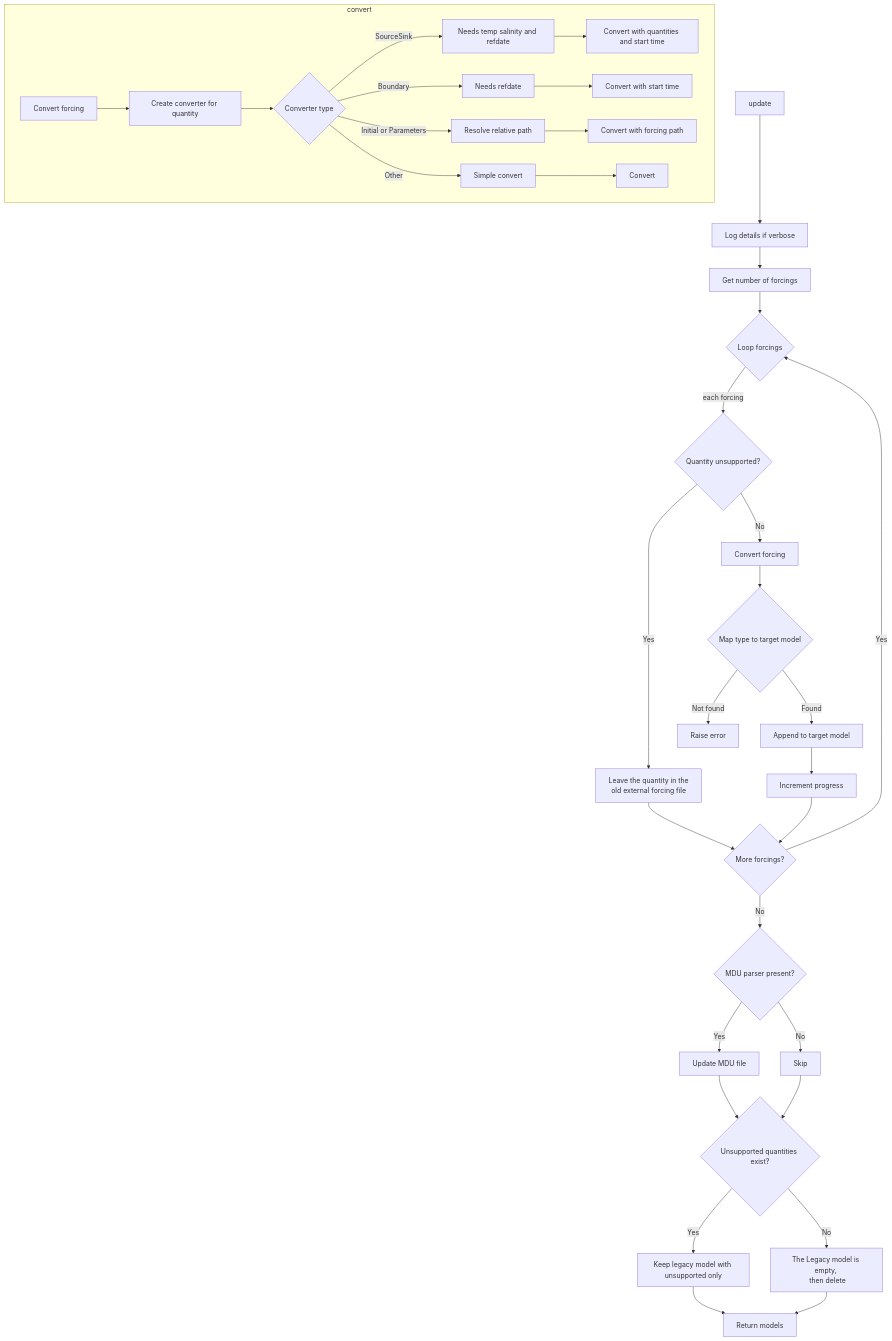
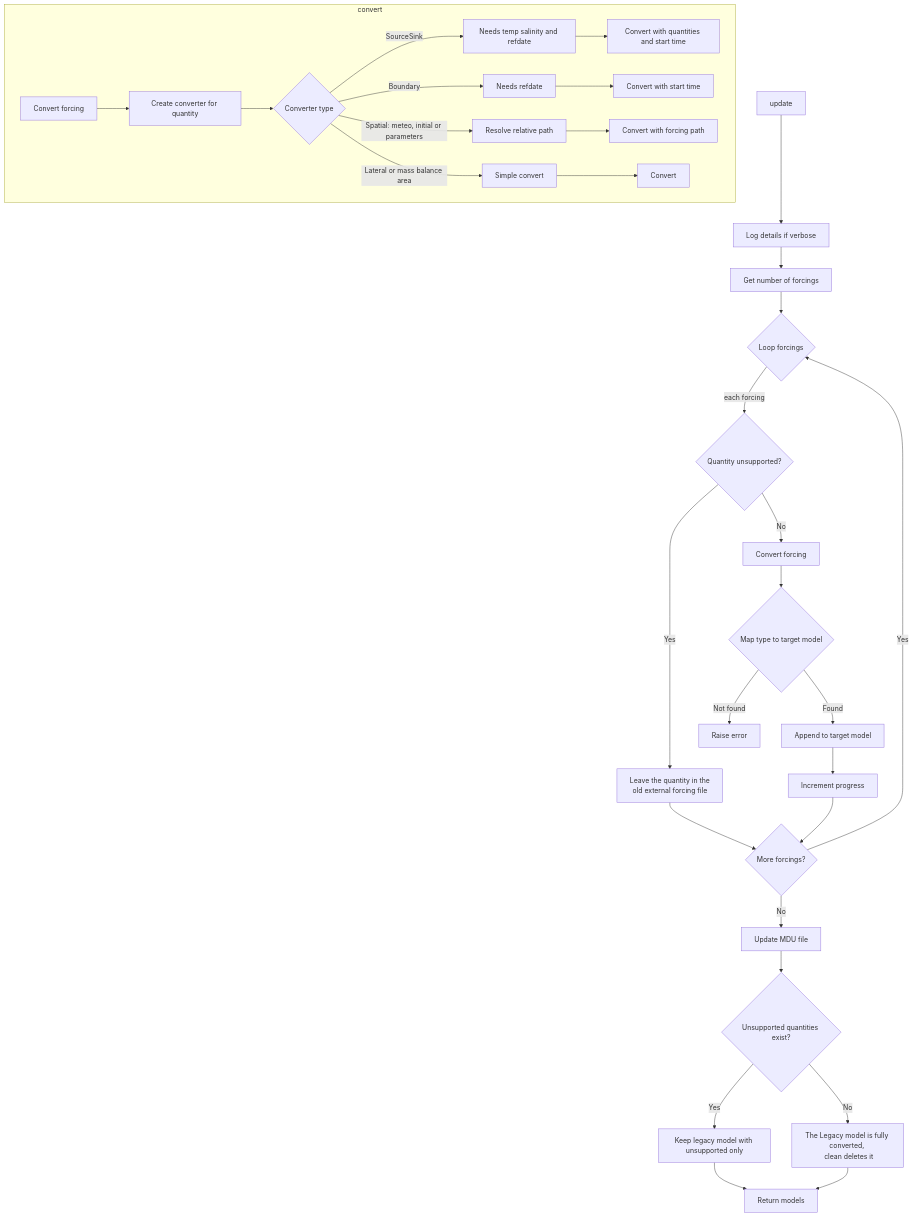
One commit to Deltares/HYDROLIB-core changed the fourth of 4 diagrams in docs/reference/tools/extforce-convert/extforce_convert.md. Above: the diagram before and after it, drawn with Mermaid. The commit also changed other lines of this file and 2 other files, not shown here.

````diff
--- a/docs/reference/tools/extforce-convert/extforce_convert.md
+++ b/docs/reference/tools/extforce-convert/extforce_convert.md
@@ -395,39 +405,36 @@
 ```mermaid
 flowchart TD
     A[update] --> B[Log details if verbose]
     B --> C[Get number of forcings]
     C --> D{Loop forcings}
     D -->|each forcing| E{Quantity unsupported?}
     E -->|Yes| F[Leave the quantity in the \n old external forcing file]
     E -->|No| G[Convert forcing]
     G --> H{Map type to target model}
     H -->|Found| I[Append to target model]
     H -->|Not found| J[Raise error]
     I --> K[Increment progress]
     F --> L{More forcings?}
     K --> L
     L -->|Yes| D
-    L -->|No| M{MDU parser present?}
-    M -->|Yes| N[Update MDU file]
-    M -->|No| O[Skip]
+    L -->|No| N[Update MDU file]
     N --> P{Unsupported quantities exist?}
-    O --> P
     P -->|Yes| Q[Keep legacy model with unsupported only]
-    P -->|No| R[The Legacy model is empty, \n then delete]
+    P -->|No| R[The Legacy model is fully converted, \n clean deletes it]
     Q --> S[Return models]
     R --> S[Return models]
 
     subgraph convert
         G1[Convert forcing]
         G1 --> C1[Create converter for quantity]
         C1 --> D1{Converter type}
         D1 -->|SourceSink| E1[Needs temp salinity and refdate]
         D1 -->|Boundary| E2[Needs refdate]
-        D1 -->|Initial or Parameters| E3[Resolve relative path]
-        D1 -->|Other| E4[Simple convert]
+        D1 -->|Spatial: meteo, initial or parameters| E3[Resolve relative path]
+        D1 -->|Lateral or mass balance area| E4[Simple convert]
         E1 --> F1[Convert with quantities and start time]
         E2 --> F2[Convert with start time]
         E3 --> F3[Convert with forcing path]
         E4 --> F4[Convert]
     end
 ```
````
